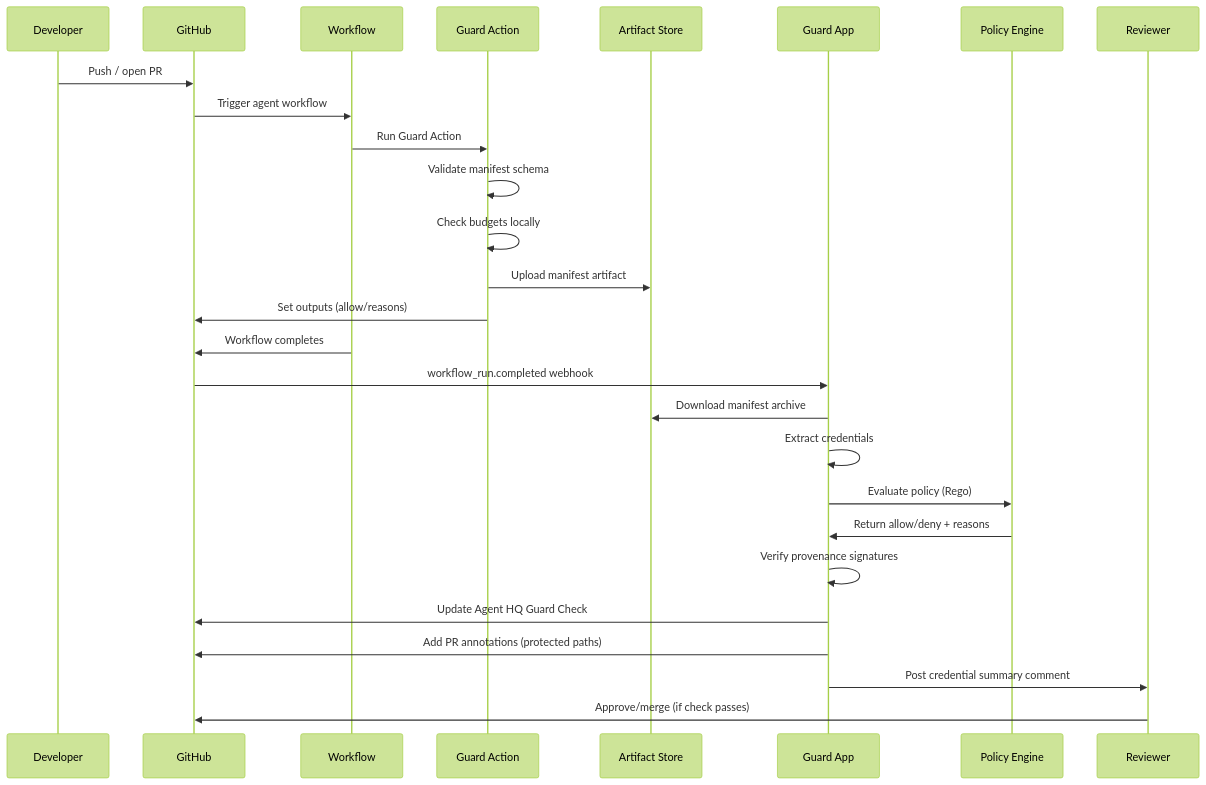
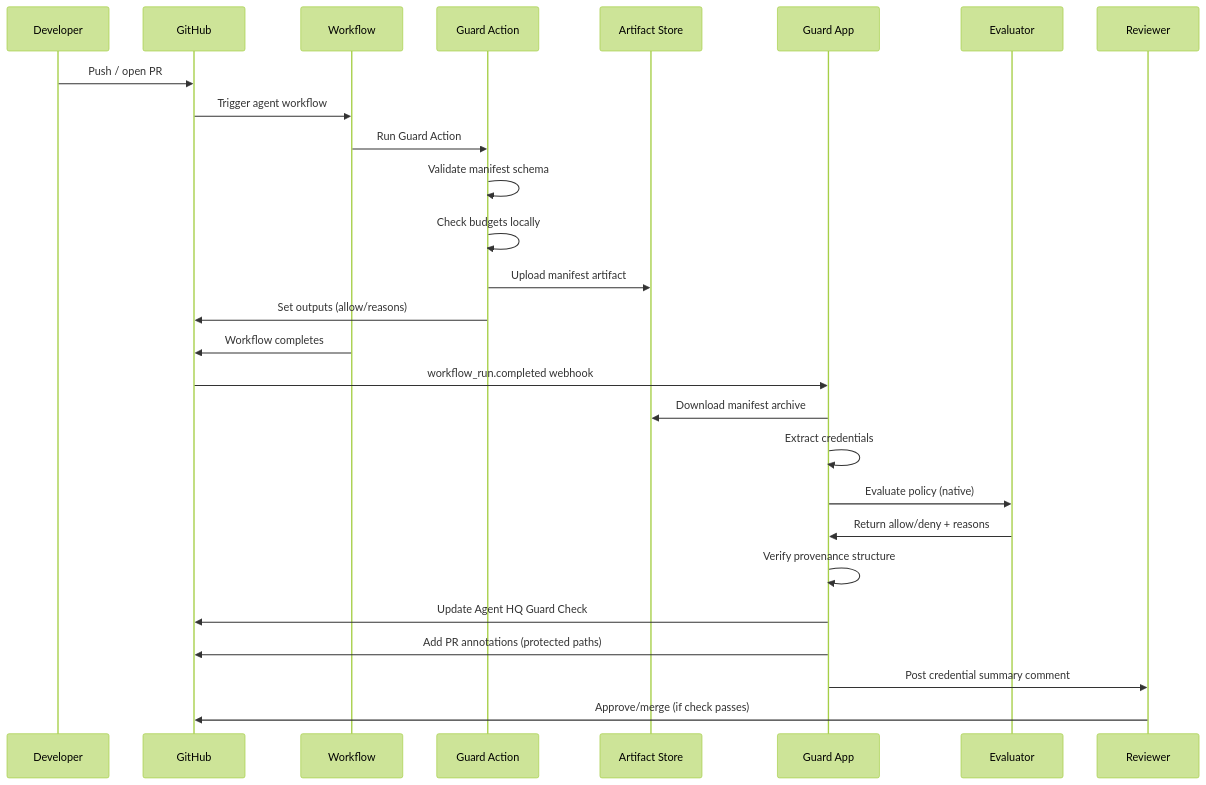
One commit to jlov7/Agent-HQ-Guard changed the first of 3 diagrams in docs/architecture.md. Above: the diagram before and after it, drawn with Mermaid (forest theme). The commit also changed other lines of this file and 42 other files, not shown here.

````diff
--- a/docs/architecture.md
+++ b/docs/architecture.md
@@ -40,30 +43,30 @@
 ```mermaid
 sequenceDiagram
     participant Dev as Developer
     participant GH as GitHub
     participant WF as Workflow
     participant Action as Guard Action
     participant Artifact as Artifact Store
     participant App as Guard App
-    participant OPA as Policy Engine
+    participant Eval as Evaluator
     participant Review as Reviewer
 
     Dev->>GH: Push / open PR
     GH->>WF: Trigger agent workflow
     WF->>Action: Run Guard Action
     Action->>Action: Validate manifest schema
     Action->>Action: Check budgets locally
     Action->>Artifact: Upload manifest artifact
     Action->>GH: Set outputs (allow/reasons)
     WF->>GH: Workflow completes
     GH->>App: workflow_run.completed webhook
     App->>Artifact: Download manifest archive
     App->>App: Extract credentials
-    App->>OPA: Evaluate policy (Rego)
-    OPA->>App: Return allow/deny + reasons
-    App->>App: Verify provenance signatures
+    App->>Eval: Evaluate policy (native)
+    Eval->>App: Return allow/deny + reasons
+    App->>App: Verify provenance structure
     App->>GH: Update Agent HQ Guard Check
     App->>GH: Add PR annotations (protected paths)
     App->>Review: Post credential summary comment
     Review->>GH: Approve/merge (if check passes)
 ```
````
